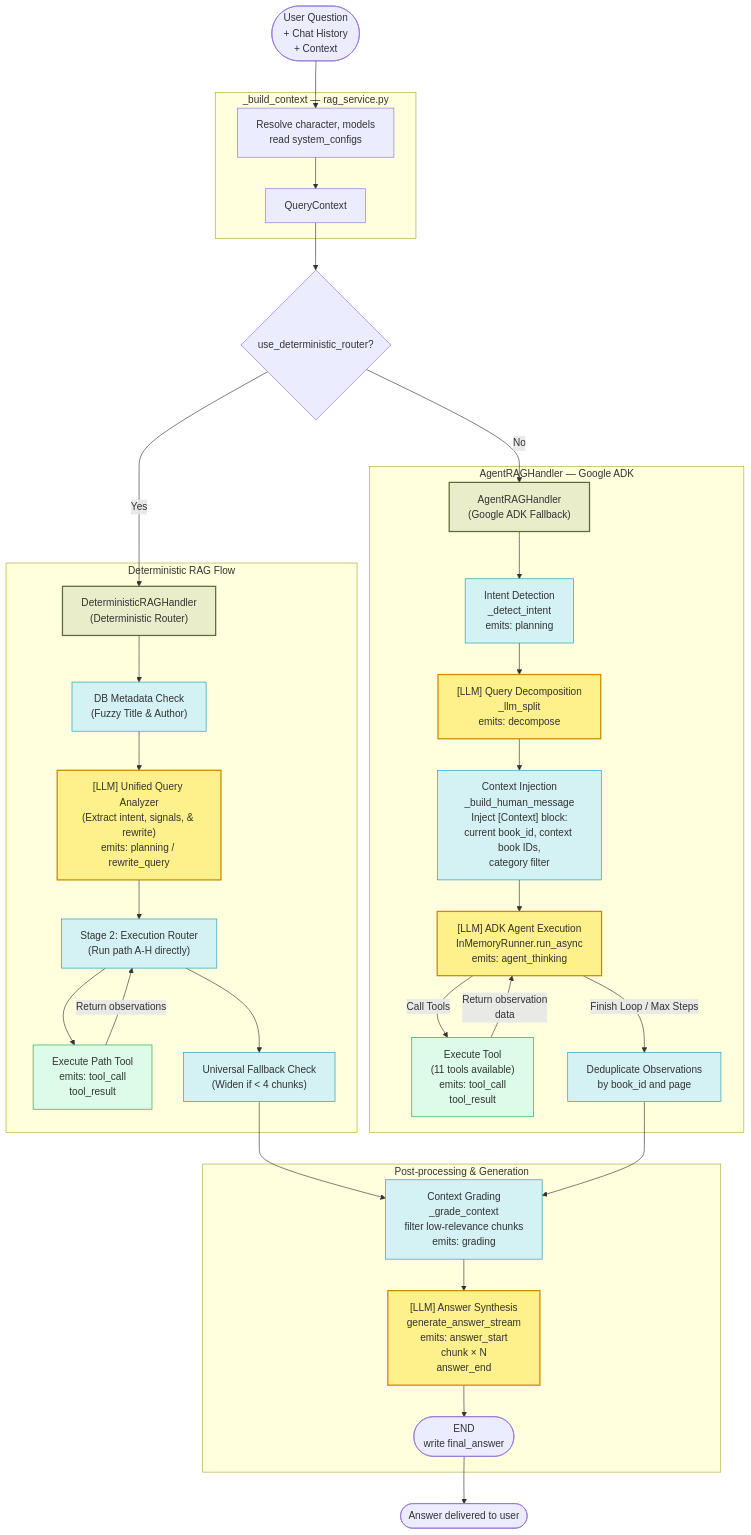
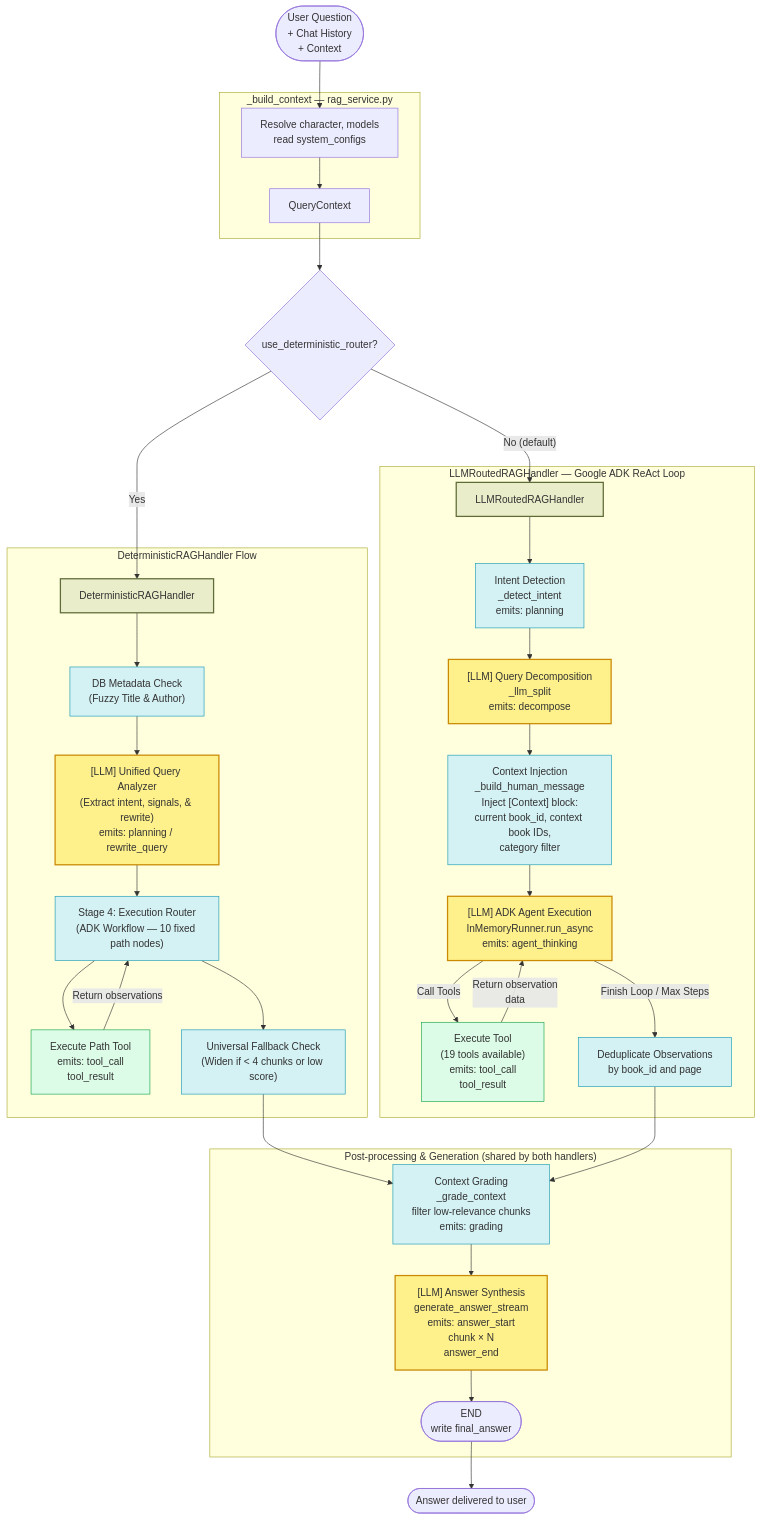
The first of 3 diagrams in docs/main/QUESTION_ANSWERING_DIAGRAM.md (Kitabim-AI/kitabim-ai), drawn with Mermaid before and after one commit. The commit also changed other lines of this file and 10 other files, not shown here.

````diff
--- a/docs/main/QUESTION_ANSWERING_DIAGRAM.md
+++ b/docs/main/QUESTION_ANSWERING_DIAGRAM.md
@@ -9,59 +9,59 @@
 ```mermaid
 flowchart TD
     %% Entry
     Q(["User Question<br/>+ Chat History<br/>+ Context"]) --> BUILD
 
     %% Context build
     subgraph ContextBuild ["_build_context — rag_service.py"]
         BUILD["Resolve character, models<br/>read system_configs"] --> CTX[QueryContext]
     end
 
     CTX --> ROUTE{use_deterministic_router?}
 
-    ROUTE -- Yes --> H_DET["DeterministicRAGHandler<br/>(Deterministic Router)"]
-    ROUTE -- No --> H_AG["AgentRAGHandler<br/>(Google ADK Fallback)"]
+    ROUTE -- Yes --> H_DET["DeterministicRAGHandler"]
+    ROUTE -- No (default) --> H_AG["LLMRoutedRAGHandler"]
 
     %% Deterministic Router Flow
-    subgraph DetRouter ["Deterministic RAG Flow"]
+    subgraph DetRouter ["DeterministicRAGHandler Flow"]
         H_DET --> S1_DB["DB Metadata Check<br/>(Fuzzy Title & Author)"]
         S1_DB --> S1_LLM["[LLM] Unified Query Analyzer<br/>(Extract intent, signals, & rewrite)<br/>emits: planning / rewrite_query"]
-        S1_LLM --> S4["Stage 2: Execution Router<br/>(Run path A-H directly)"]
+        S1_LLM --> S4["Stage 4: Execution Router<br/>(ADK Workflow — 10 fixed path nodes)"]
         S4 --> T_DET["Execute Path Tool<br/>emits: tool_call<br/>tool_result"]
         T_DET -->|Return observations| S4
-        S4 --> DET_MERGE["Universal Fallback Check<br/>(Widen if < 4 chunks)"]
+        S4 --> DET_MERGE["Universal Fallback Check<br/>(Widen if < 4 chunks or low score)"]
     end
 
-    %% Agentic RAG — Google ADK Execution Flow
-    subgraph AgentRAG ["AgentRAGHandler — Google ADK"]
+    %% LLM-Routed RAG — Google ADK Execution Flow
+    subgraph LLMRoutedRAG ["LLMRoutedRAGHandler — Google ADK ReAct Loop"]
         H_AG --> INTENT["Intent Detection<br/>_detect_intent<br/>emits: planning"]
         INTENT --> DECOMP["[LLM] Query Decomposition<br/>_llm_split<br/>emits: decompose"]
         DECOMP --> CTX_INJ["Context Injection<br/>_build_human_message<br/>Inject [Context] block:<br/>current book_id, context book IDs,<br/>category filter"]
         CTX_INJ --> ADK["[LLM] ADK Agent Execution<br/>InMemoryRunner.run_async<br/>emits: agent_thinking"]
 
-        ADK -->|Call Tools| TOOL["Execute Tool<br/>(11 tools available)<br/>emits: tool_call<br/>tool_result"]
+        ADK -->|Call Tools| TOOL["Execute Tool<br/>(19 tools available)<br/>emits: tool_call<br/>tool_result"]
         TOOL -->|Return observation<br/>data| ADK
 
         ADK -->|Finish Loop / Max Steps| DEDUP["Deduplicate Observations<br/>by book_id and page"]
     end
 
     DET_MERGE --> GRADE
     DEDUP --> GRADE
 
-    subgraph PostProcess ["Post-processing & Generation"]
+    subgraph PostProcess ["Post-processing & Generation (shared by both handlers)"]
         GRADE["Context Grading<br/>_grade_context<br/>filter low-relevance chunks<br/>emits: grading"]
         GRADE --> SYNTHESIS["[LLM] Answer Synthesis<br/>generate_answer_stream<br/>emits: answer_start<br/>chunk × N<br/>answer_end"]
         SYNTHESIS --> END_AG(["END<br/>write final_answer"])
     end
 
     END_AG --> ANS(["Answer delivered to user"])
 
     classDef handler fill:#e9edc9,stroke:#606c38,stroke-width:2px
     classDef tool fill:#dcfce7,stroke:#16a34a,stroke-width:1px
     classDef process fill:#d4f1f4,stroke:#189ab4,stroke-width:1px
     classDef llm fill:#fef08a,stroke:#ca8a04,stroke-width:2px
 
     class H_AG,H_DET handler
     class TOOL,T_DET tool
     class INTENT,CTX_INJ,DEDUP,GRADE,S1_DB,S4,DET_MERGE process
     class DECOMP,ADK,SYNTHESIS,S1_LLM llm
 ```
````
